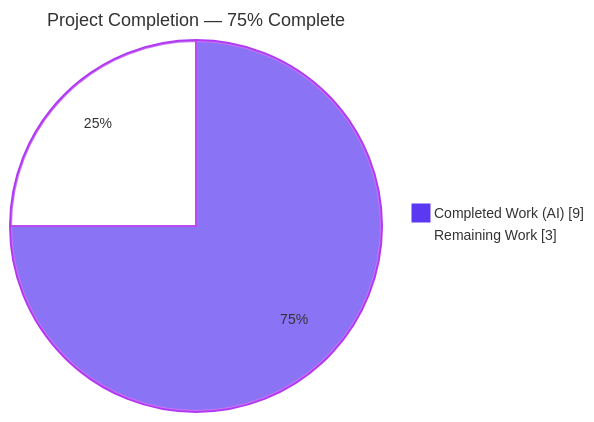
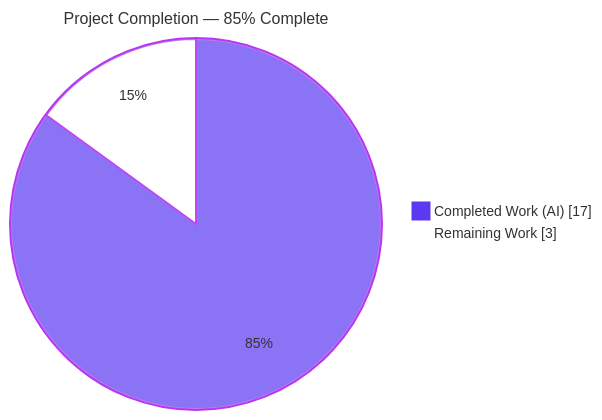
The first of 3 diagrams in blitzy/documentation/Project Guide.md (blitzy-public-samples/aws-carddemo-blitzy), drawn with Mermaid before and after one commit. The commit also changed other lines of this file, not shown here.

Commit message:
Adding Blitzy Project Guide: Project Status and Human Tasks Remaining

````diff
--- a/blitzy/documentation/Project Guide.md
+++ b/blitzy/documentation/Project Guide.md
@@ -15,7 +15,7 @@
 ```mermaid
-%%{init: {'theme':'base', 'themeVariables': {'pie1':'#5B39F3', 'pie2':'#FFFFFF', 'pieStrokeColor':'#B23AF2', 'pieOuterStrokeColor':'#B23AF2', 'pieTitleTextSize':'18px', 'pieSectionTextSize':'14px', 'pieLegendTextSize':'14px'}}}%%
+%%{init: {'theme':'base', 'themeVariables': {'pie1':'#5B39F3', 'pie2':'#FFFFFF', 'pieStrokeColor':'#B23AF2', 'pieOuterStrokeColor':'#B23AF2', 'pieTitleTextSize':'16px', 'pieSectionTextSize':'14px', 'pieLegendTextSize':'14px'}}}%%
 pie showData
-    title Project Completion — 75% Complete
-    "Completed Work (AI)" : 9
+    title Project Completion — 85% Complete
+    "Completed Work (AI)" : 17
     "Remaining Work" : 3
 ```
````
